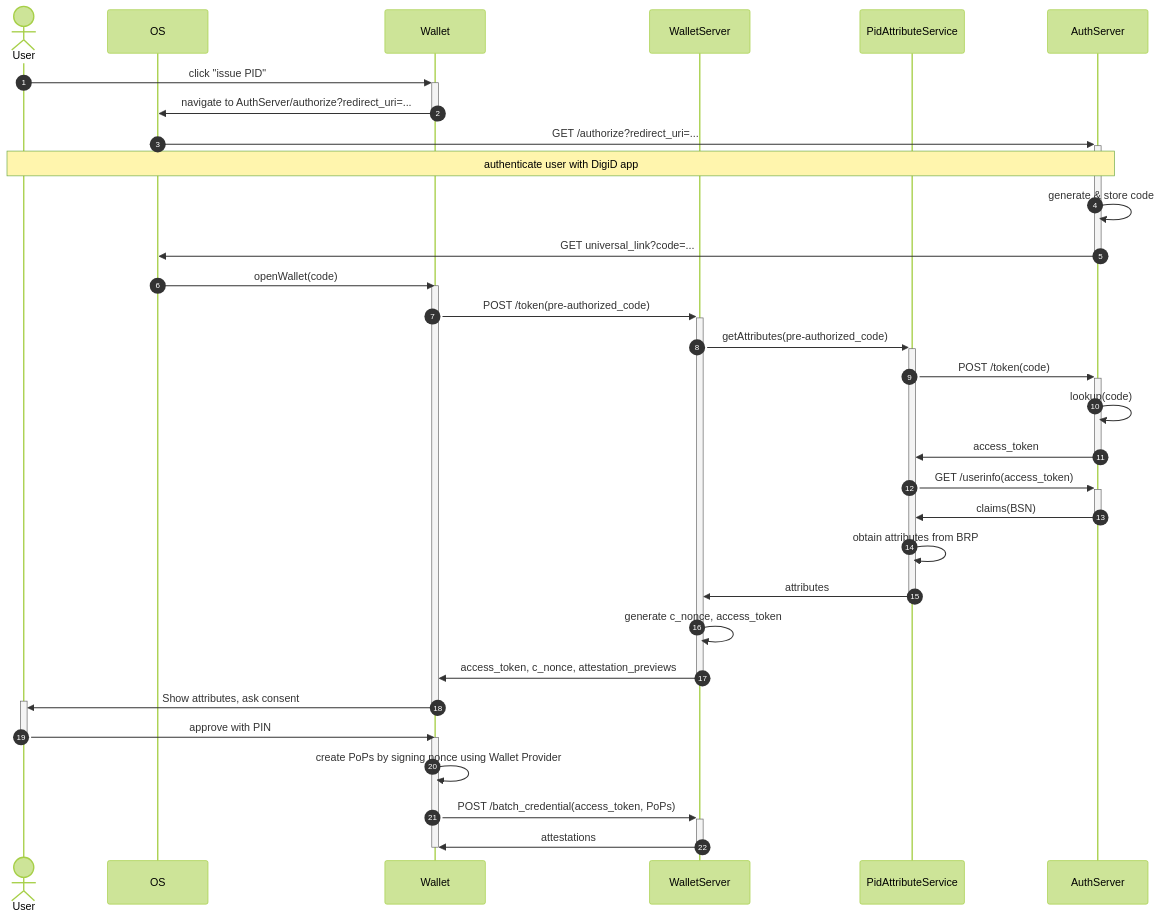
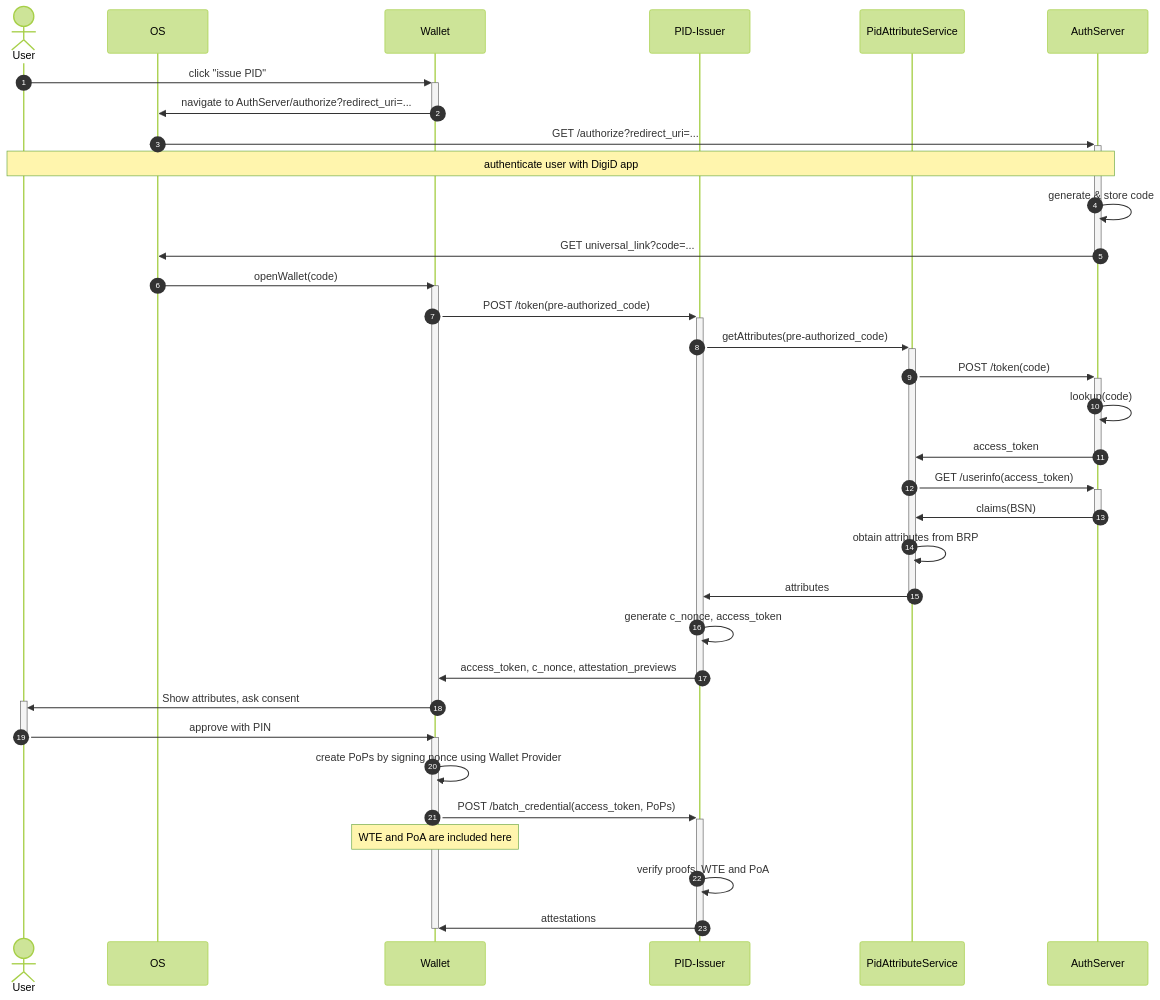
The first of 2 diagrams in documentation/diagrams/issuance_flow.md (MinBZK/nl-wallet), drawn with Mermaid (forest theme) before and after one commit. The commit also changed 1 other file, not shown here.

Commit message:
Updated docs
* Apply 1 suggestion(s) to 1 file(s)

* Apply 1 suggestion(s) to 1 file(s)

* Apply 1 suggestion(s) to 1 file(s)

* Updated OpenID4VP flow

* Apply 1 suggestion(s) to 1 file(s)

* Apply 9 suggestion(s) to 1 file(s)

* Updated docs

````diff
--- a/documentation/diagrams/issuance_flow.md
+++ b/documentation/diagrams/issuance_flow.md
@@ -22,39 +22,41 @@
 ```mermaid
 sequenceDiagram
     autonumber
 
     actor User
     participant OS
     participant Wallet
-    participant WalletServer
+    participant WalletServer as PID-Issuer
     participant PidAttributeService
     participant AuthServer
 
     User->>+Wallet: click "issue PID"
     Wallet->>-OS: navigate to AuthServer/authorize?redirect_uri=...
     OS->>+AuthServer: GET /authorize?redirect_uri=...
     note over User, AuthServer: authenticate user with DigiD app
     AuthServer->>AuthServer: generate & store code
     AuthServer->>-OS: GET universal_link?code=...
     OS->>Wallet: openWallet(code)
     activate Wallet
         Wallet->>+WalletServer: POST /token(pre-authorized_code)
         WalletServer->>+PidAttributeService: getAttributes(pre-authorized_code)
         PidAttributeService->>+AuthServer: POST /token(code)
         AuthServer->>AuthServer: lookup(code)
         AuthServer->>-PidAttributeService: access_token
         PidAttributeService->>+AuthServer: GET /userinfo(access_token)
         AuthServer->>-PidAttributeService: claims(BSN)
         PidAttributeService->>PidAttributeService: obtain attributes from BRP
         PidAttributeService->>-WalletServer: attributes
         WalletServer->>WalletServer: generate c_nonce, access_token
         WalletServer->>-Wallet: access_token, c_nonce, attestation_previews
         Wallet->>+User: Show attributes, ask consent
     deactivate Wallet
     User->>-Wallet: approve with PIN
     activate Wallet
         Wallet->>Wallet: create PoPs by signing nonce using Wallet Provider
-    Wallet->>+WalletServer: POST /batch_credential(access_token, PoPs)
-    WalletServer->>-Wallet: attestations
+        Wallet->>+WalletServer: POST /batch_credential(access_token, PoPs)
+        note over Wallet: WTE and PoA are included here
+        WalletServer->>WalletServer: verify proofs,  WTE and PoA
+        WalletServer->>-Wallet: attestations
     deactivate Wallet
 ```
````
